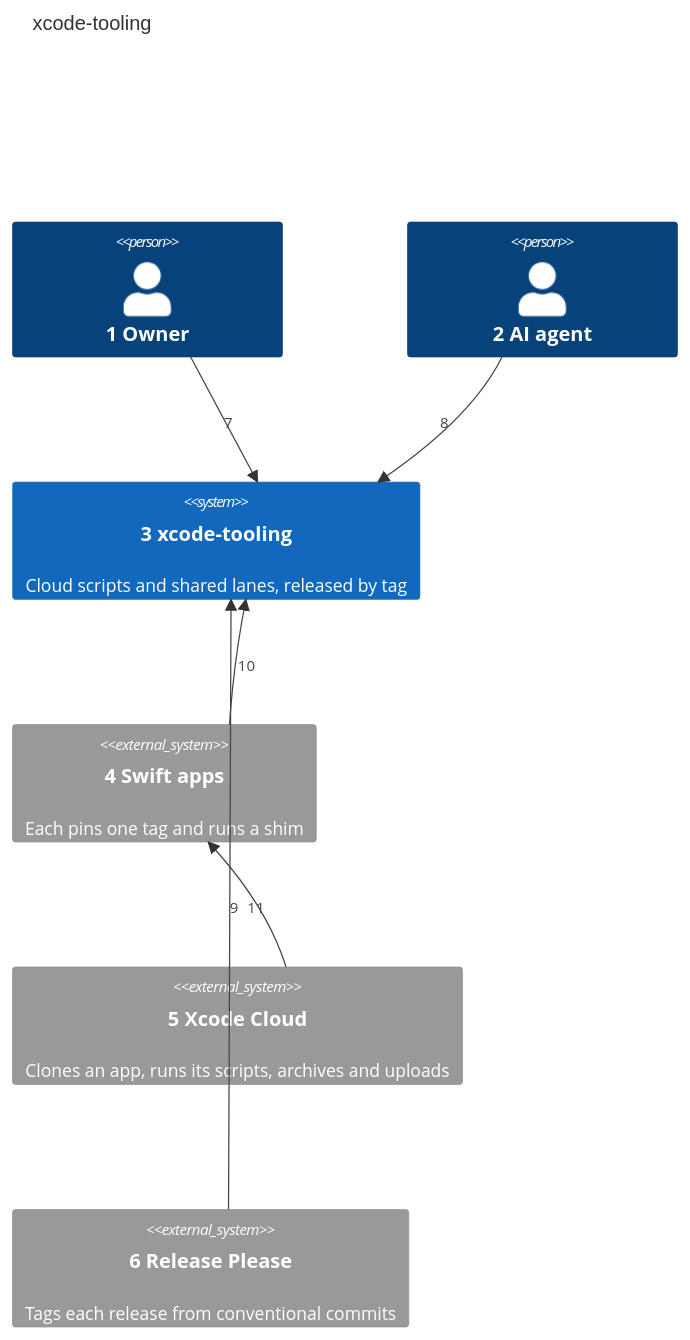
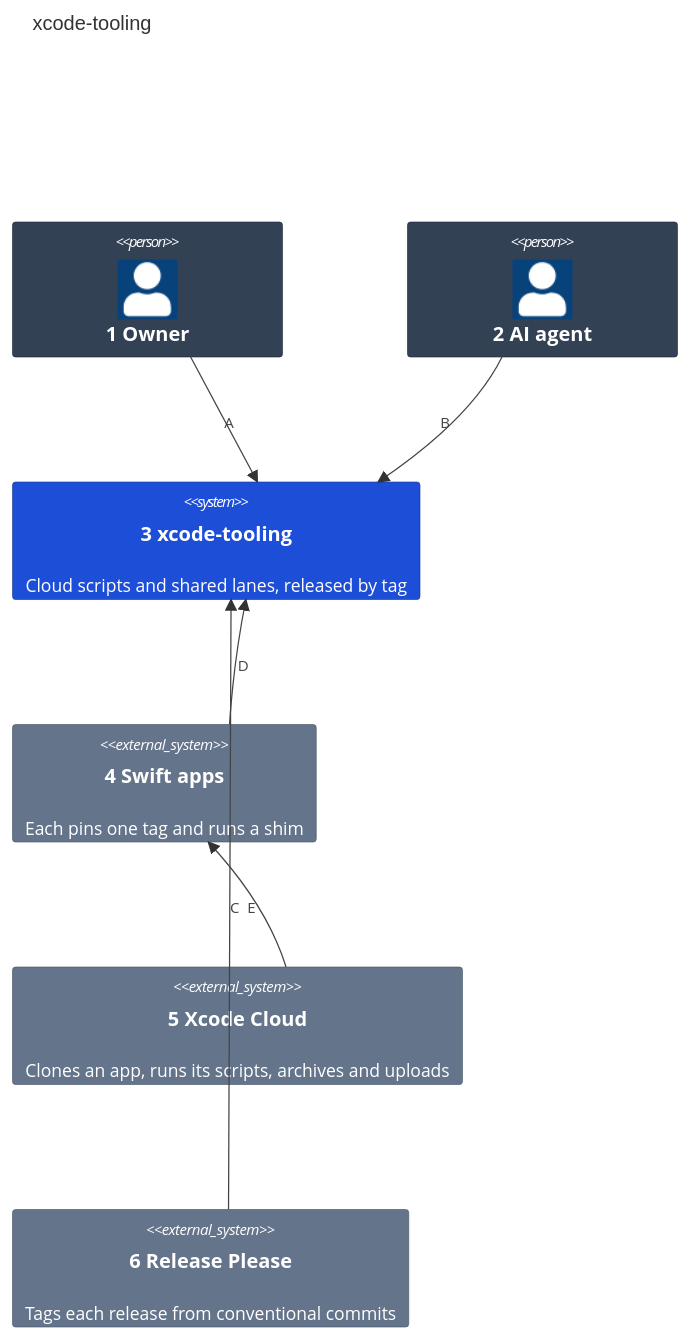
The first of 2 diagrams in docs/architecture/01-system-context.md (may-journal/xcode-tooling), drawn with Mermaid before and after one commit. The commit also changed other lines of this file and 5 other files, not shown here.

Commit message:
docs(architecture): bring the views to the per-level form and palette

````diff
--- a/docs/architecture/01-system-context.md
+++ b/docs/architecture/01-system-context.md
@@ -7,17 +7,24 @@
 ```mermaid
 C4Context
     title xcode-tooling
 
     Person(owner, "1 Owner")
     Person(agent, "2 AI agent")
     System(tooling, "3 xcode-tooling", "Cloud scripts and shared lanes, released by tag")
     System_Ext(apps, "4 Swift apps", "Each pins one tag and runs a shim")
     System_Ext(cloud, "5 Xcode Cloud", "Clones an app, runs its scripts, archives and uploads")
     System_Ext(release, "6 Release Please", "Tags each release from conventional commits")
 
-    Rel(owner, tooling, "7")
-    Rel(agent, tooling, "8")
-    Rel(release, tooling, "9")
-    Rel(apps, tooling, "10")
-    Rel(cloud, apps, "11")
+    Rel(owner, tooling, "A")
+    Rel(agent, tooling, "B")
+    Rel(release, tooling, "C")
+    Rel(apps, tooling, "D")
+    Rel(cloud, apps, "E")
+
+    UpdateElementStyle(owner, $bgColor="#334155", $borderColor="#1e293b", $fontColor="#ffffff")
+    UpdateElementStyle(agent, $bgColor="#334155", $borderColor="#1e293b", $fontColor="#ffffff")
+    UpdateElementStyle(tooling, $bgColor="#1d4ed8", $borderColor="#1e3a8a", $fontColor="#ffffff")
+    UpdateElementStyle(apps, $bgColor="#64748b", $borderColor="#475569", $fontColor="#ffffff")
+    UpdateElementStyle(cloud, $bgColor="#64748b", $borderColor="#475569", $fontColor="#ffffff")
+    UpdateElementStyle(release, $bgColor="#64748b", $borderColor="#475569", $fontColor="#ffffff")
 ```
````
